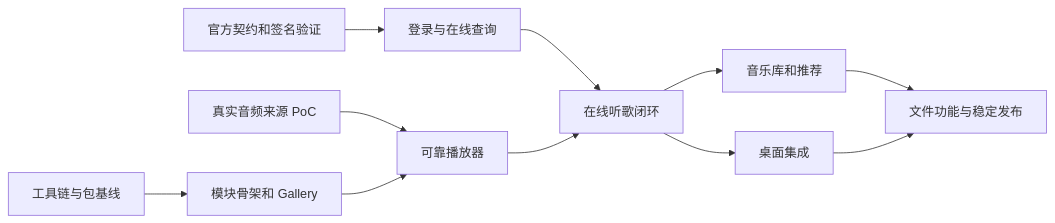
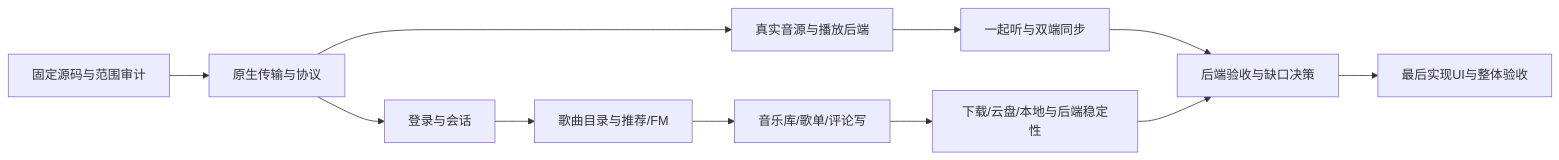
The diagram in docs/14-roadmap-and-backlog.md (Guang233/CirrusMusic), drawn with Mermaid before and after one commit. The commit also changed other lines of this file and 40 other files, not shown here.

First line of the commit message:
feat: audit NetEase APIs and add native protocol foundations

````diff
--- a/docs/14-roadmap-and-backlog.md
+++ b/docs/14-roadmap-and-backlog.md
@@ -22,13 +25,13 @@
 ```mermaid
 flowchart LR
-    Contract[官方契约和签名验证] --> Online[登录与在线查询]
-    Audio[真实音频来源 PoC] --> Player[可靠播放器]
-    Build[工具链与包基线] --> Shell[模块骨架和 Gallery]
-    Shell --> Player
-    Online --> Loop[在线听歌闭环]
-    Player --> Loop
-    Loop --> Library[音乐库和推荐]
-    Loop --> Linux[桌面集成]
-    Library --> Stable[文件功能与稳定发布]
-    Linux --> Stable
+    Audit[固定源码与范围审计] --> Protocol[原生传输与协议]
+    Protocol --> Session[登录与会话]
+    Session --> Catalog[歌曲目录与推荐/FM]
+    Protocol --> Audio[真实音源与播放后端]
+    Catalog --> Writes[音乐库/歌单/评论写]
+    Audio --> Together[一起听与双端同步]
+    Writes --> Files[下载/云盘/本地与后端稳定性]
+    Together --> Gate[后端验收与缺口决策]
+    Files --> Gate
+    Gate --> UI[最后实现UI与整体验收]
 ```
````
